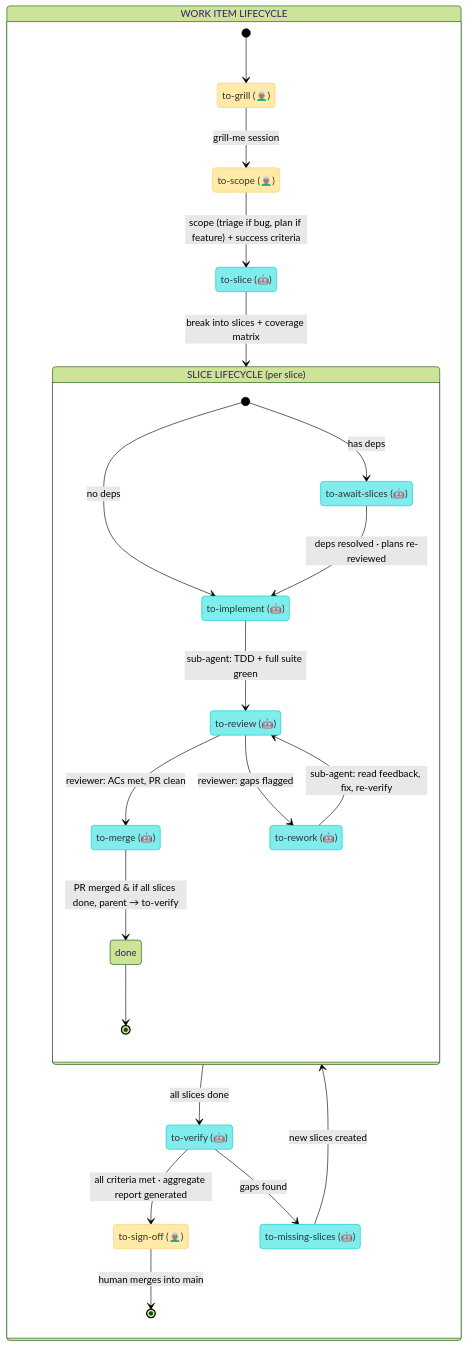
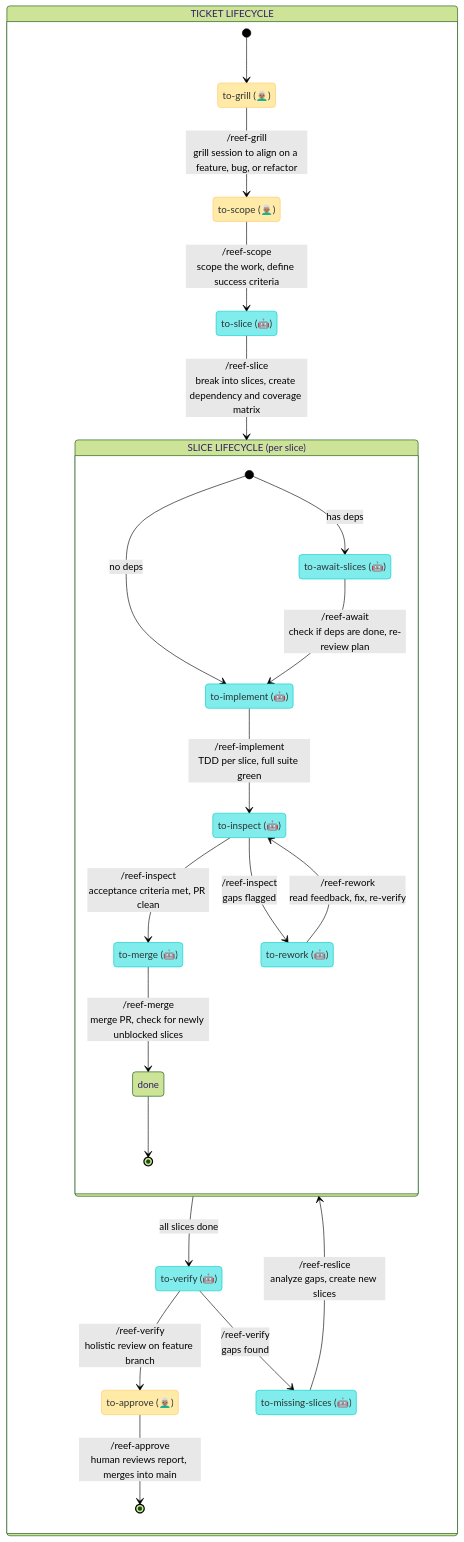
Before and after one commit to mesqueeb/moonjelly-reef: the diagram in orchestration-state-machine.md, drawn with Mermaid (forest theme). The commit also changed other lines of this file and 2 other files, not shown here.

````diff
--- a/orchestration-state-machine.md
+++ b/orchestration-state-machine.md
@@ -50,51 +17,50 @@
 ```mermaid
 stateDiagram-v2
     direction TB
 
     classDef human fill:#ffeaa7,stroke:#fdcb6e,color:#2d3436
     classDef agent fill:#81ecec,stroke:#00cec9,color:#2d3436
 
-    state "WORK ITEM LIFECYCLE" as work {
+    state "TICKET LIFECYCLE" as work {
 
         state "to-grill (👨🏽‍🦳)" as to_grill
         state "to-scope (👨🏽‍🦳)" as to_scope
         state "to-slice (🤖)" as to_slice
         state "to-verify (🤖)" as to_verify
         state "to-missing-slices (🤖)" as gaps_to_new_slices
-        state "to-sign-off (👨🏽‍🦳)" as to_sign_off
+        state "to-approve (👨🏽‍🦳)" as to_approve
 
         [*] --> to_grill
-        to_grill --> to_scope : grill-me session
-        to_scope --> to_slice : scope (triage if bug, plan if feature) + success criteria
-        to_verify --> to_sign_off : all criteria met · aggregate report generated
-        to_verify --> gaps_to_new_slices : gaps found
-        gaps_to_new_slices --> slice_lifecycle : new slices created
-        to_sign_off --> [*] : human merges into main
-
-        to_slice --> slice_lifecycle : break into slices + coverage matrix
+        to_grill --> to_scope : /reef-grill<br />grill session to align on a feature, bug, or refactor
+        to_scope --> to_slice : /reef-scope<br />scope the work, define success criteria
+        to_slice --> slice_lifecycle : /reef-slice<br />break into slices, create dependency and coverage matrix
         slice_lifecycle --> to_verify : all slices done
+        to_verify --> to_approve : /reef-verify<br />holistic review on feature branch
+        to_verify --> gaps_to_new_slices : /reef-verify<br />gaps found
+        gaps_to_new_slices --> slice_lifecycle : /reef-reslice<br />analyze gaps, create new slices
+        to_approve --> [*] : /reef-approve<br />human reviews report, merges into main
     }
 
     state "SLICE LIFECYCLE (per slice)" as slice_lifecycle {
 
         state "to-await-slices (🤖)" as to_await
         state "to-implement (🤖)" as to_implement
-        state "to-review (🤖)" as to_review
+        state "to-inspect (🤖)" as to_inspect
         state "to-rework (🤖)" as needs_rework
         state "to-merge (🤖)" as to_merge
         state "done" as slice_done
 
         [*] --> to_implement : no deps
         [*] --> to_await : has deps
-        to_await --> to_implement : deps resolved · plans re-reviewed
-        to_implement --> to_review : sub-agent: TDD + full suite green
-        to_review --> to_merge : reviewer: ACs met, PR clean
-        to_review --> needs_rework : reviewer: gaps flagged
-        needs_rework --> to_review : sub-agent: read feedback, fix, re-verify
-        to_merge --> slice_done : PR merged & if all slices done, parent → to-verify
+        to_await --> to_implement : /reef-await<br />check if deps are done, re-review plan
+        to_implement --> to_inspect : /reef-implement<br />TDD per slice, full suite green
+        to_inspect --> to_merge : /reef-inspect<br />acceptance criteria met, PR clean
+        to_inspect --> needs_rework : /reef-inspect<br />gaps flagged
+        needs_rework --> to_inspect : /reef-rework<br />read feedback, fix, re-verify
+        to_merge --> slice_done : /reef-merge<br />merge PR, check for newly unblocked slices
         slice_done --> [*]
     }
 
-    class to_grill,to_scope,to_sign_off human
-    class to_slice,to_verify,gaps_to_new_slices,to_await,to_implement,to_review,needs_rework,to_merge agent
+    class to_grill,to_scope,to_approve human
+    class to_slice,to_verify,gaps_to_new_slices,to_await,to_implement,to_inspect,needs_rework,to_merge agent
 ```
````
